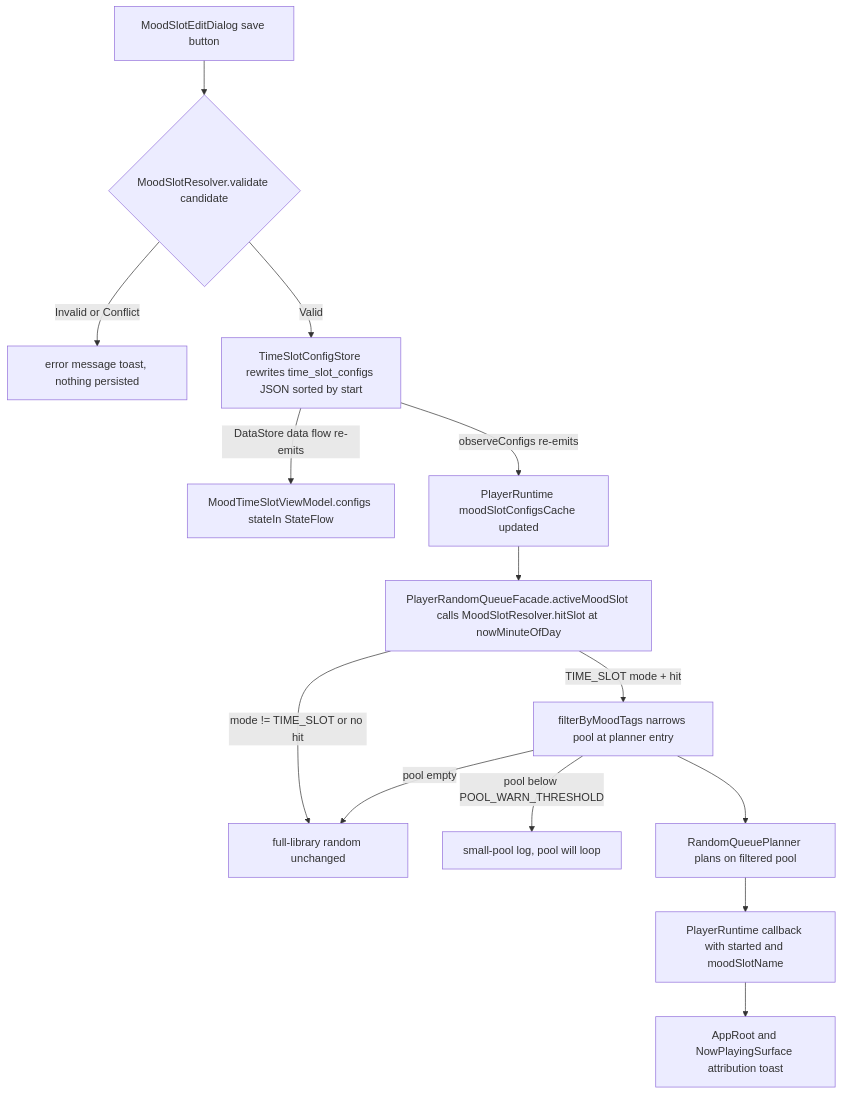
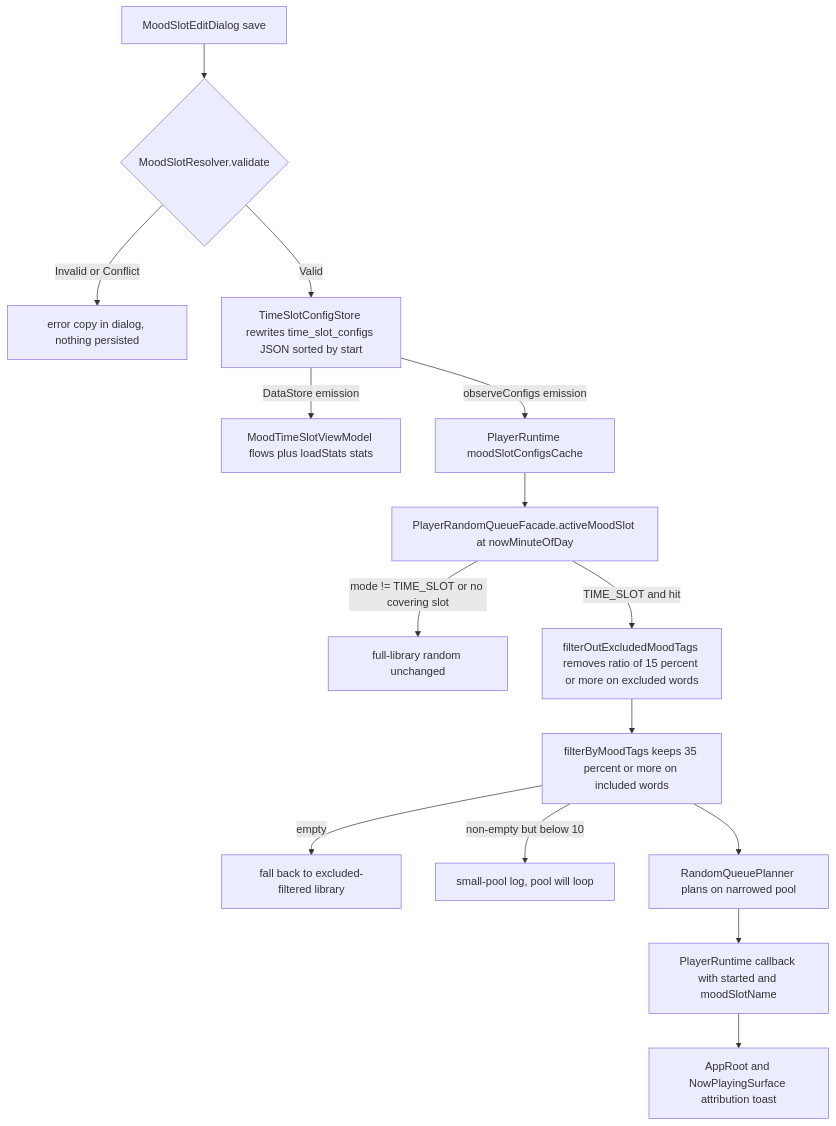
Before and after one commit to DefineMyCode/melody-in-heart-x: the diagram in openwiki/concepts/mood-time-slot.md, drawn with Mermaid. The commit also changed other lines of this file and 42 other files, not shown here.

````diff
--- a/openwiki/concepts/mood-time-slot.md
+++ b/openwiki/concepts/mood-time-slot.md
@@ -72,16 +105,17 @@
 ```mermaid
 flowchart TD
-    UI["MoodSlotEditDialog save button"] --> V{"MoodSlotResolver.validate candidate"}
-    V -->|"Invalid or Conflict"| ERR["error message toast, nothing persisted"]
+    UI["MoodSlotEditDialog save"] --> V{"MoodSlotResolver.validate"}
+    V -->|"Invalid or Conflict"| ERR["error copy in dialog, nothing persisted"]
     V -->|"Valid"| STORE["TimeSlotConfigStore rewrites time_slot_configs JSON sorted by start"]
-    STORE -->|"DataStore data flow re-emits"| VM["MoodTimeSlotViewModel.configs stateIn StateFlow"]
-    STORE -->|"observeConfigs re-emits"| RT["PlayerRuntime moodSlotConfigsCache updated"]
-    RT --> FQ["PlayerRandomQueueFacade.activeMoodSlot calls MoodSlotResolver.hitSlot at nowMinuteOfDay"]
-    FQ -->|"TIME_SLOT mode + hit"| FLT["filterByMoodTags narrows pool at planner entry"]
-    FQ -->|"mode != TIME_SLOT or no hit"| FULL["full-library random unchanged"]
-    FLT -->|"pool empty"| FULL
-    FLT -->|"pool below POOL_WARN_THRESHOLD"| WARN["small-pool log, pool will loop"]
-    FLT --> PLAN["RandomQueuePlanner plans on filtered pool"]
+    STORE -->|"DataStore emission"| VM["MoodTimeSlotViewModel flows plus loadStats stats"]
+    STORE -->|"observeConfigs emission"| RT["PlayerRuntime moodSlotConfigsCache"]
+    RT --> FQ["PlayerRandomQueueFacade.activeMoodSlot at nowMinuteOfDay"]
+    FQ -->|"mode != TIME_SLOT or no covering slot"| FULL["full-library random unchanged"]
+    FQ -->|"TIME_SLOT and hit"| EXC["filterOutExcludedMoodTags removes ratio of 15 percent or more on excluded words"]
+    EXC --> INC["filterByMoodTags keeps 35 percent or more on included words"]
+    INC -->|"empty"| BASE["fall back to excluded-filtered library"]
+    INC -->|"non-empty but below 10"| WARN["small-pool log, pool will loop"]
+    INC --> PLAN["RandomQueuePlanner plans on narrowed pool"]
     PLAN --> CB["PlayerRuntime callback with started and moodSlotName"]
     CB --> TOAST["AppRoot and NowPlayingSurface attribution toast"]
 ```
````
